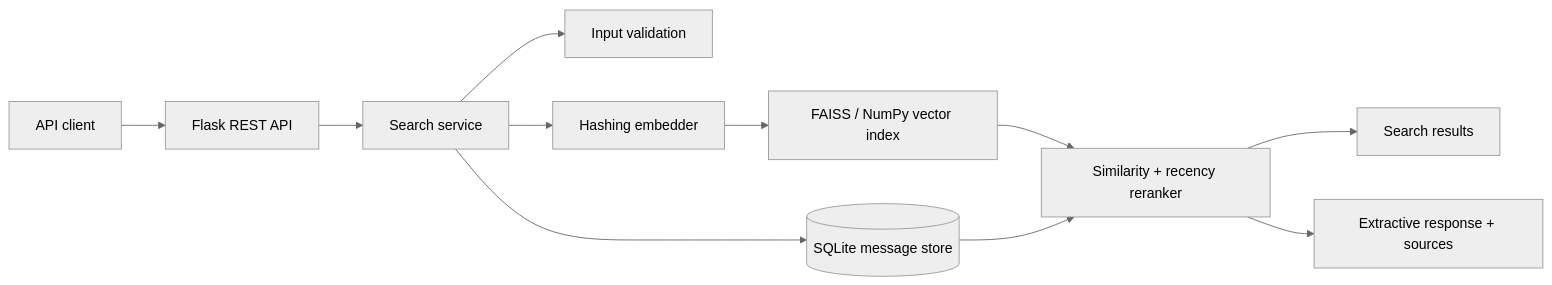
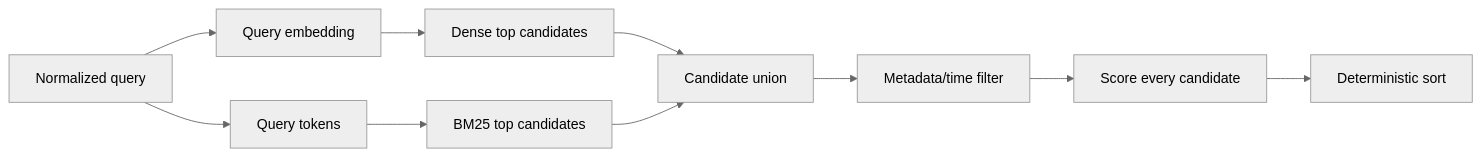
One commit to brohum10/semantic-search-platform changed the second of 2 diagrams in docs/architecture.md. Above: the diagram before and after it, drawn with Mermaid (neutral theme). The commit also changed other lines of this file and 22 other files, not shown here.

````diff
--- a/docs/architecture.md
+++ b/docs/architecture.md
@@ -3,13 +36,12 @@
 ```mermaid
 flowchart LR
-    Client[API client] --> Flask[Flask REST API]
-    Flask --> Service[Search service]
-    Service --> Validate[Input validation]
-    Service --> Embed[Hashing embedder]
-    Embed --> Index[FAISS / NumPy vector index]
-    Service --> SQLite[(SQLite message store)]
-    Index --> Rank[Similarity + recency reranker]
-    SQLite --> Rank
-    Rank --> Search[Search results]
-    Rank --> Response[Extractive response + sources]
+    Q[Normalized query] --> E[Query embedding]
+    Q --> T[Query tokens]
+    E --> D[Dense top candidates]
+    T --> B[BM25 top candidates]
+    D --> U[Candidate union]
+    B --> U
+    U --> F[Metadata/time filter]
+    F --> R[Score every candidate]
+    R --> X[Deterministic sort]
 ```
````
